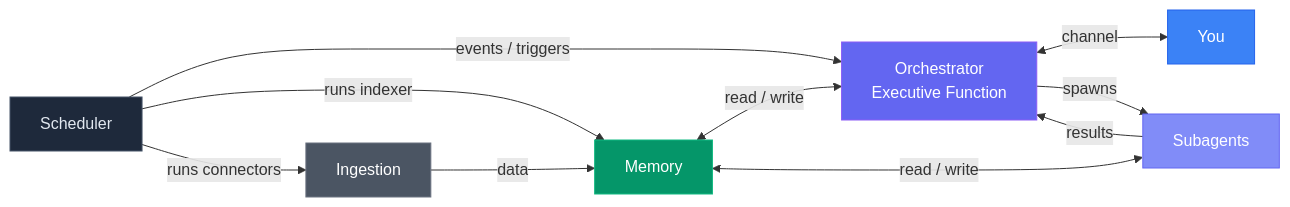
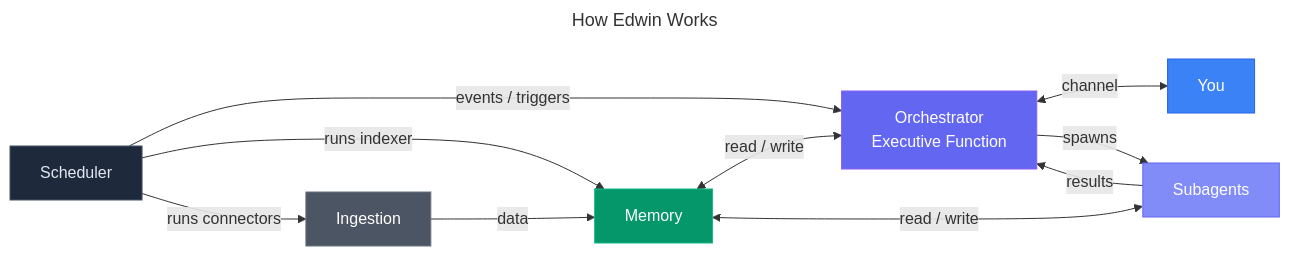
The diagram in README.md (bwelker/Edwin), drawn with Mermaid before and after one commit.

Commit message:
readme: add title to mermaid diagram

````diff
--- a/README.md
+++ b/README.md
@@ -103,19 +103,22 @@
 ```mermaid
+---
+title: How Edwin Works
+---
 graph LR
     JH[Scheduler] -->|runs connectors| IG[Ingestion]
     JH -->|runs indexer| MM[Memory]
     JH -->|events / triggers| LLM[Orchestrator<br/>Executive Function]
     IG -->|data| MM
     MM <-->|read / write| LLM
     LLM <-->|channel| U[You]
     LLM -->|spawns| SA[Subagents]
     SA -->|results| LLM
     SA <-->|read / write| MM
 
     style LLM fill:#6366f1,stroke:#8b5cf6,color:#fff
     style SA fill:#818cf8,stroke:#6366f1,color:#fff
     style MM fill:#059669,stroke:#10b981,color:#fff
     style U fill:#3b82f6,stroke:#2563eb,color:#fff
     style IG fill:#4b5563,stroke:#6b7280,color:#fff
     style JH fill:#1e293b,stroke:#475569,color:#e2e8f0
 ```
````
